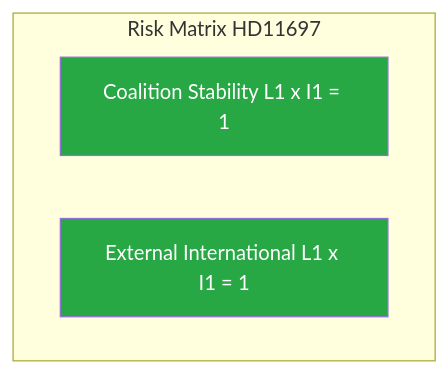
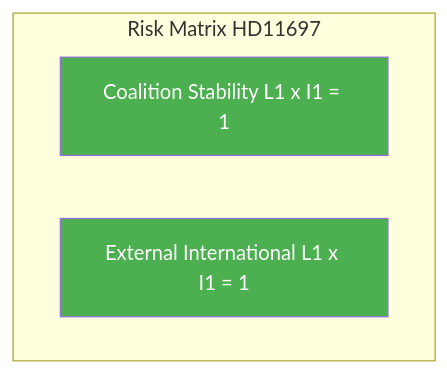
One commit to Hack23/riksdagsmonitor changed the second of 2 diagrams in analysis/daily/2026-04-10/realtime-1026/documents/hd11697-analysis.md. Above: the diagram before and after it, drawn with Mermaid. The commit also changed other lines of this file and 785 other files, not shown here.

First line of the commit message:
Normalize mermaid colors across 786 analysis artifacts to ISMS Style Guide palette

````diff
--- a/analysis/daily/2026-04-10/realtime-1026/documents/hd11697-analysis.md
+++ b/analysis/daily/2026-04-10/realtime-1026/documents/hd11697-analysis.md
@@ -66,9 +66,9 @@
 ```mermaid
 graph TD
     subgraph Risk Matrix HD11697
         R1[Coalition Stability L1 x I1 = 1]
         R5[External International L1 x I1 = 1]
     end
-    style R1 fill:#28a745,color:#fff
-    style R5 fill:#28a745,color:#fff
+    style R1 fill:#4CAF50,color:#FFFFFF
+    style R5 fill:#4CAF50,color:#FFFFFF
 ```
````
